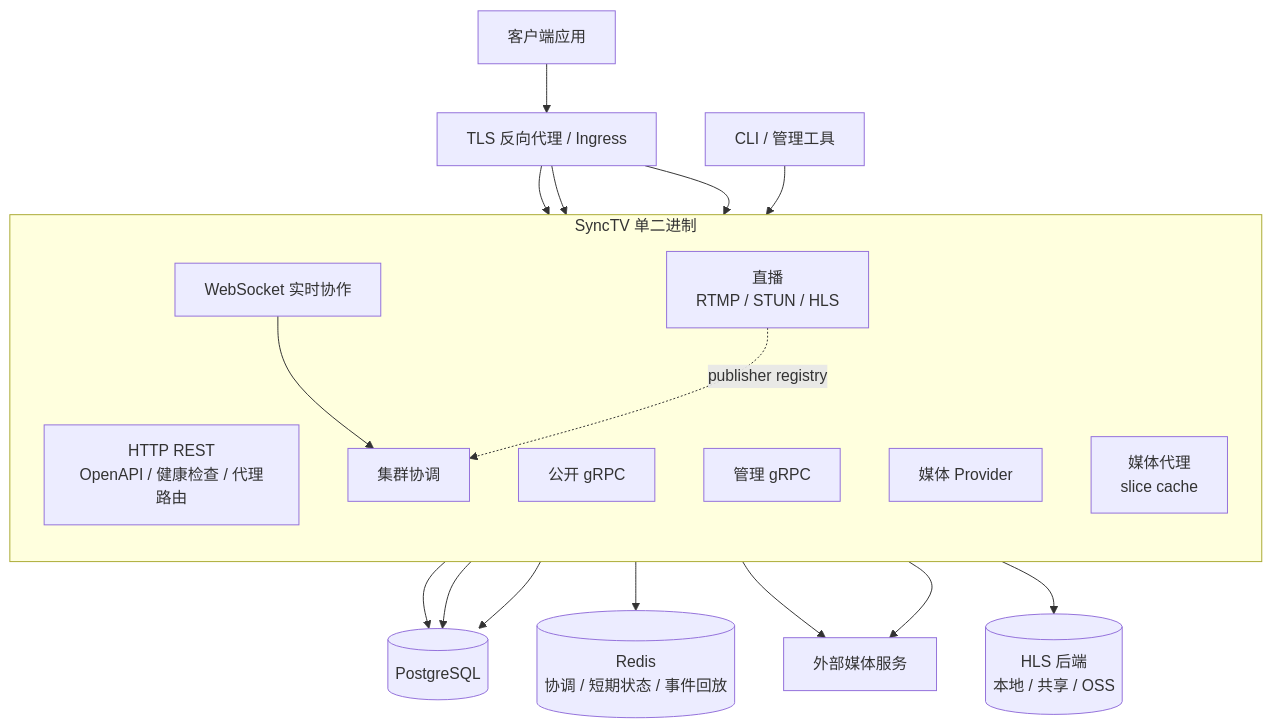
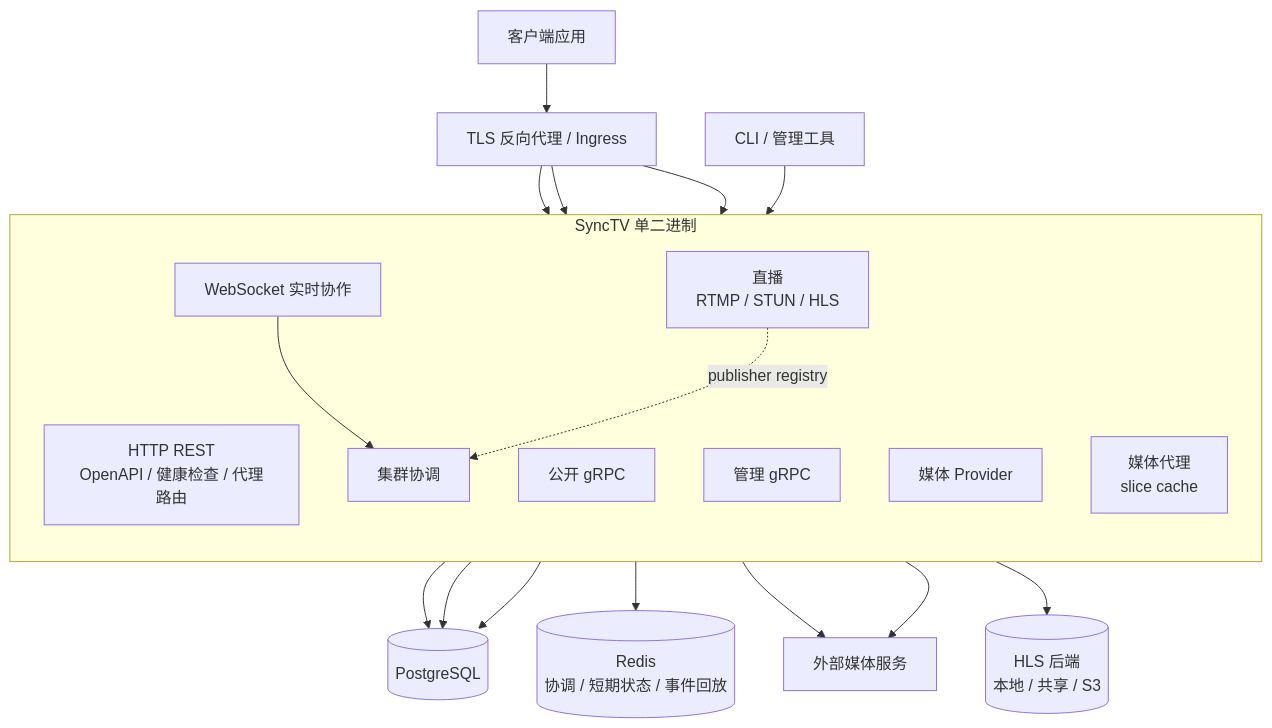
The diagram in docs/src/diagrams/architecture-zh.mmd (synctv-org/synctv), drawn with Mermaid before and after one commit. The commit also changed 162 other files, not shown here.

```diff
--- a/docs/src/diagrams/architecture-zh.mmd
+++ b/docs/src/diagrams/architecture-zh.mmd
@@ -1,37 +1,37 @@
 flowchart TB
   Client[客户端应用]
   Edge[TLS 反向代理 / Ingress]
   CLI[CLI / 管理工具]
 
   subgraph SyncTV["SyncTV 单二进制"]
     direction TB
     HTTP[HTTP REST<br/>OpenAPI / 健康检查 / 代理路由]
     GRPC[公开 gRPC]
     WS[WebSocket 实时协作]
     MGMT[管理 gRPC]
     Provider[媒体 Provider]
     Proxy[媒体代理<br/>slice cache]
     Live[直播<br/>RTMP / STUN / HLS]
     Cluster[集群协调]
   end
 
   PG[(PostgreSQL)]
   Redis[(Redis<br/>协调 / 短期状态 / 事件回放)]
   External[外部媒体服务]
-  HLS[(HLS 后端<br/>本地 / 共享 / OSS)]
+  HLS[(HLS 后端<br/>本地 / 共享 / S3)]
 
   Client --> Edge
   Edge --> HTTP
   Edge --> GRPC
   Edge --> WS
   CLI --> MGMT
 
   HTTP --> PG
   GRPC --> PG
   MGMT --> PG
   WS --> Cluster
   Cluster --> Redis
   Provider --> External
   Proxy --> External
   Live --> HLS
   Live -. publisher registry .-> Cluster
```
